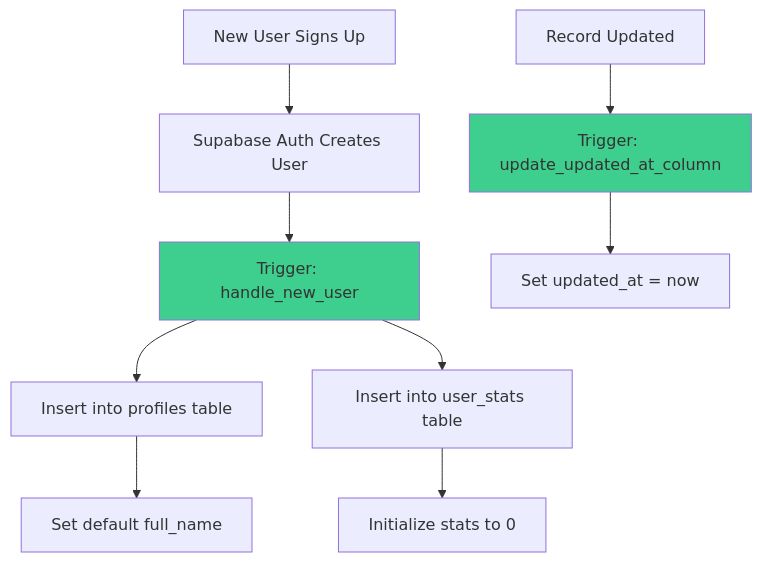
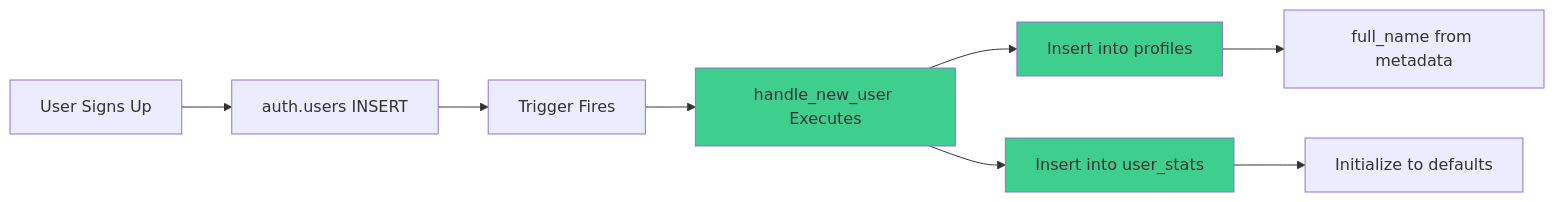
One commit to Akilucky-rogue/Eco-Sync changed the sixth of 33 diagrams in TECHNICAL_DOCUMENTATION.md. Above: the diagram before and after it, drawn with Mermaid. The commit also changed other lines of this file, not shown here.

````diff
--- a/TECHNICAL_DOCUMENTATION.md
+++ b/TECHNICAL_DOCUMENTATION.md
@@ -277,15 +873,14 @@
 ```mermaid
-graph TD
-    A[New User Signs Up] --> B[Supabase Auth Creates User]
-    B --> C[Trigger: handle_new_user]
-    C --> D[Insert into profiles table]
-    C --> E[Insert into user_stats table]
-    D --> F[Set default full_name]
-    E --> G[Initialize stats to 0]
+graph LR
+    A[User Signs Up] --> B[auth.users INSERT]
+    B --> C[Trigger Fires]
+    C --> D[handle_new_user Executes]
+    D --> E[Insert into profiles]
+    E --> F[full_name from metadata]
+    D --> G[Insert into user_stats]
+    G --> H[Initialize to defaults]
     
-    H[Record Updated] --> I[Trigger: update_updated_at_column]
-    I --> J[Set updated_at = now]
-    
-    style C fill:#3ecf8e
-    style I fill:#3ecf8e
+    style D fill:#3ecf8e
+    style E fill:#3ecf8e
+    style G fill:#3ecf8e
 ```
````
